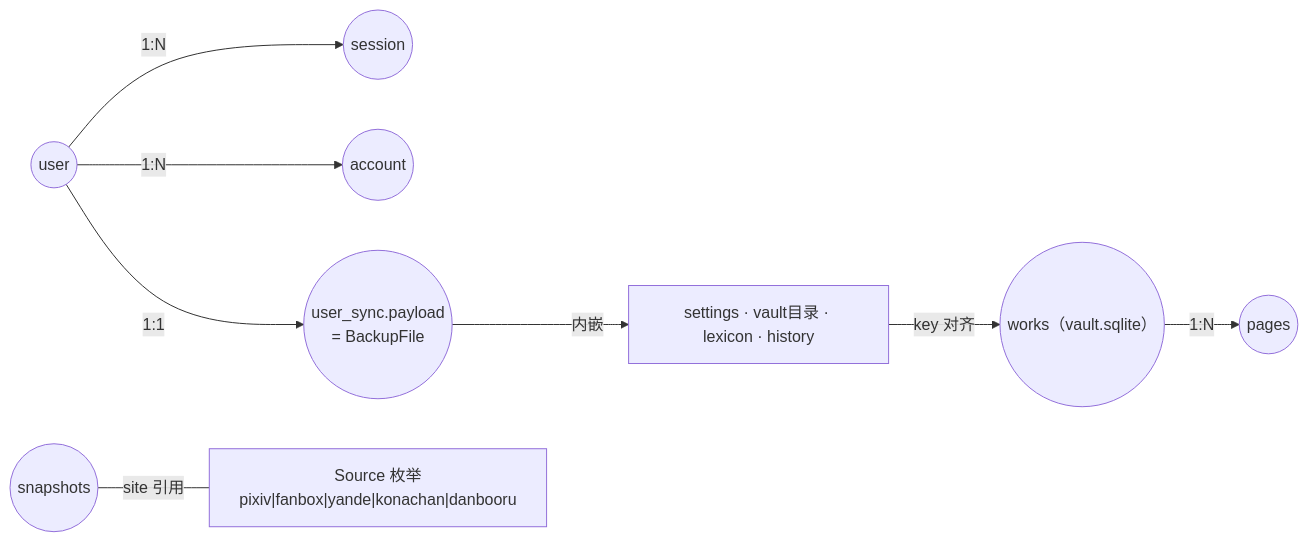
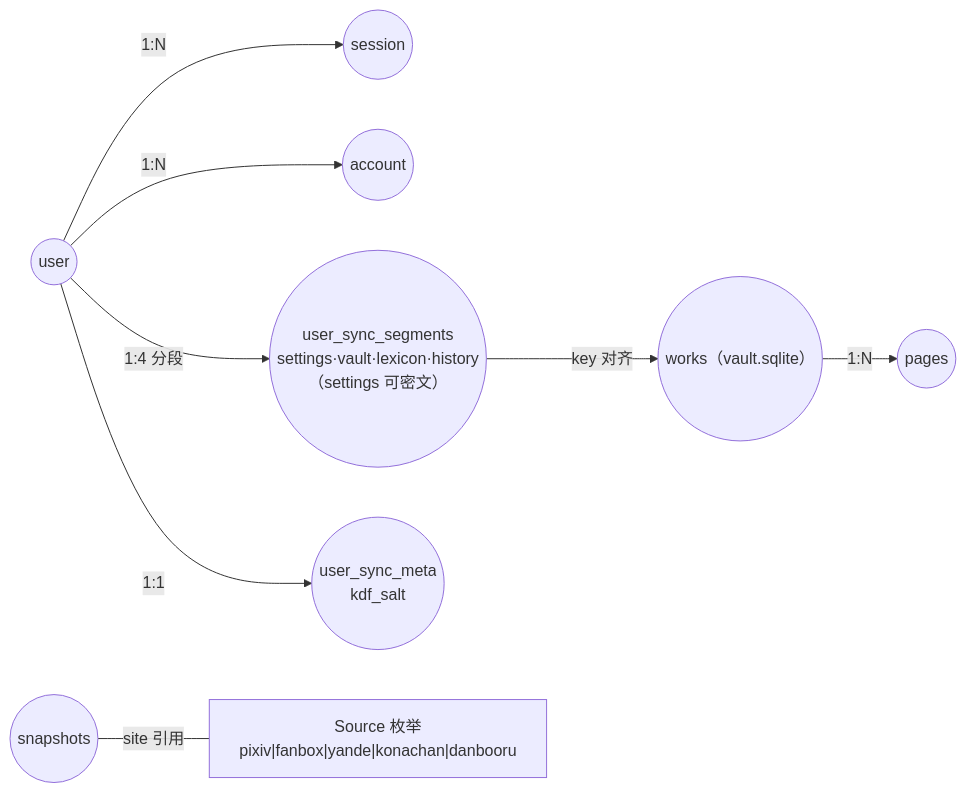
The fourth of 4 diagrams in docs/diagrams/ER图.md (Atsukiizumi/Kami-paperbox), drawn with Mermaid before and after one commit. The commit also changed other lines of this file and 178 other files, not shown here.

Commit message:
docs: 2026-09-11 全量复核回写 docs/00-17 + diagrams（TD 清单、安全、性能、路线口径统一）

````diff
--- a/docs/diagrams/ER图.md
+++ b/docs/diagrams/ER图.md
@@ -107,10 +116,10 @@
 ```mermaid
 flowchart LR
     U(("user")) -->|"1:N"| S(("session"))
     U -->|"1:N"| AC(("account"))
-    U -->|"1:1"| US(("user_sync.payload<br/>= BackupFile"))
-    US -->|"内嵌"| BF["settings · vault目录 · lexicon · history"]
-    BF -->|"key 对齐"| W(("works（vault.sqlite）"))
+    U -->|"1:4 分段"| SEG(("user_sync_segments<br/>settings·vault·lexicon·history<br/>（settings 可密文）"))
+    U -->|"1:1"| META(("user_sync_meta<br/>kdf_salt"))
+    SEG -->|"key 对齐"| W(("works（vault.sqlite）"))
     W -->|"1:N"| PG(("pages"))
     RK(("snapshots")) ---|"site 引用"| SRC["Source 枚举<br/>pixiv|fanbox|yande|konachan|danbooru"]
 ```
````
